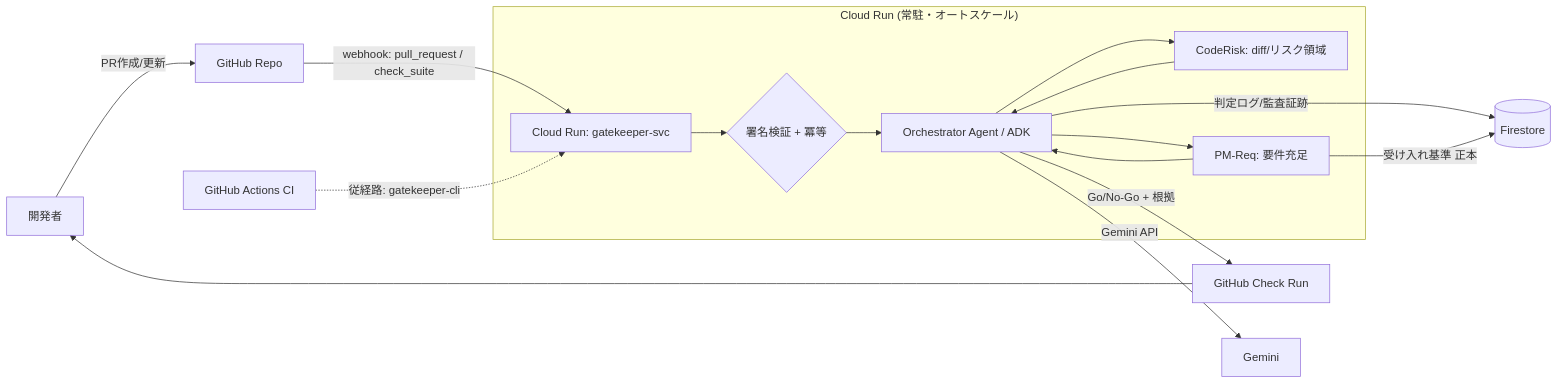
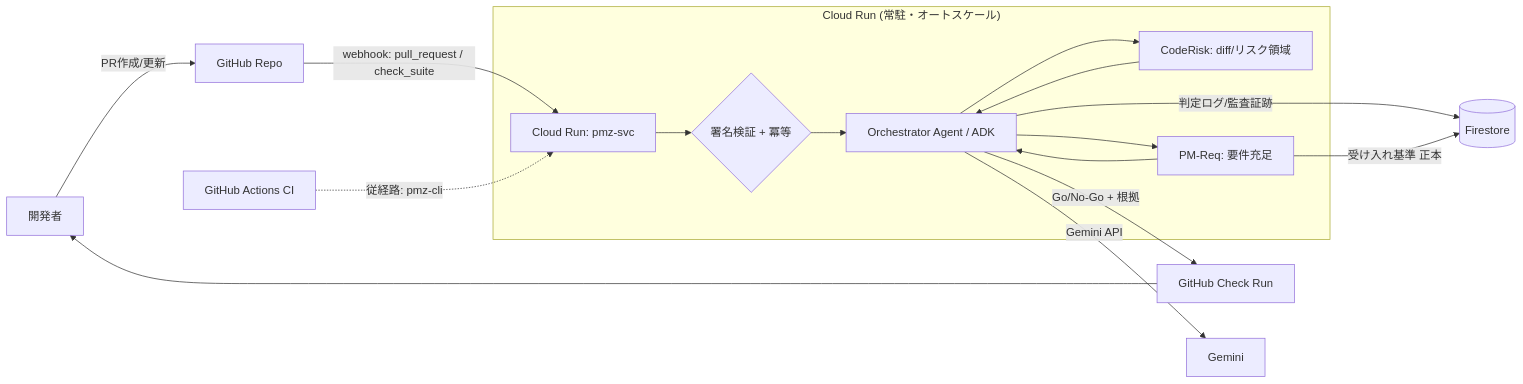
One commit to godhuu0505/pmz changed the first of 2 diagrams in docs/w1-technical-design.md. Above: the diagram before and after it, drawn with Mermaid. The commit also changed other lines of this file and 11 other files, not shown here.

````diff
--- a/docs/w1-technical-design.md
+++ b/docs/w1-technical-design.md
@@ -61,19 +61,19 @@
 ```mermaid
 flowchart LR
   Dev[開発者] -->|PR作成/更新| GH[GitHub Repo]
-  GH -->|webhook: pull_request / check_suite| WH[Cloud Run: gatekeeper-svc]
-  Act[GitHub Actions CI] -.->|従経路: gatekeeper-cli| WH
+  GH -->|webhook: pull_request / check_suite| WH[Cloud Run: pmz-svc]
+  Act[GitHub Actions CI] -.->|従経路: pmz-cli| WH
   subgraph CR["Cloud Run (常駐・オートスケール)"]
     WH --> Q{署名検証 + 冪等}
     Q --> ORCH[Orchestrator Agent / ADK]
     ORCH --> CR1[CodeRisk: diff/リスク領域]
     ORCH --> PMR[PM-Req: 要件充足]
   end
   CR1 --> ORCH
   PMR --> ORCH
   ORCH -->|Go/No-Go + 根拠| CHK[GitHub Check Run]
   ORCH -->|判定ログ/監査証跡| FS[(Firestore)]
   PMR -->|受け入れ基準 正本| FS
   ORCH -->|Gemini API| GEM[Gemini]
   CHK --> Dev
 ```
````
